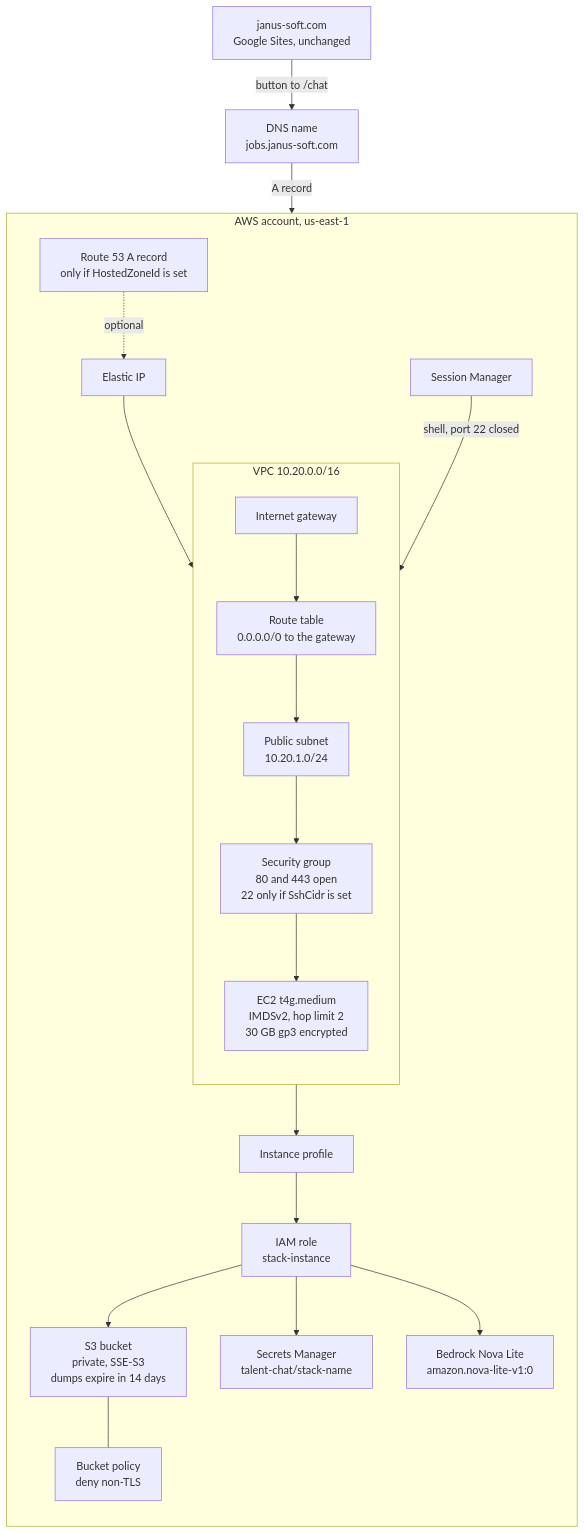
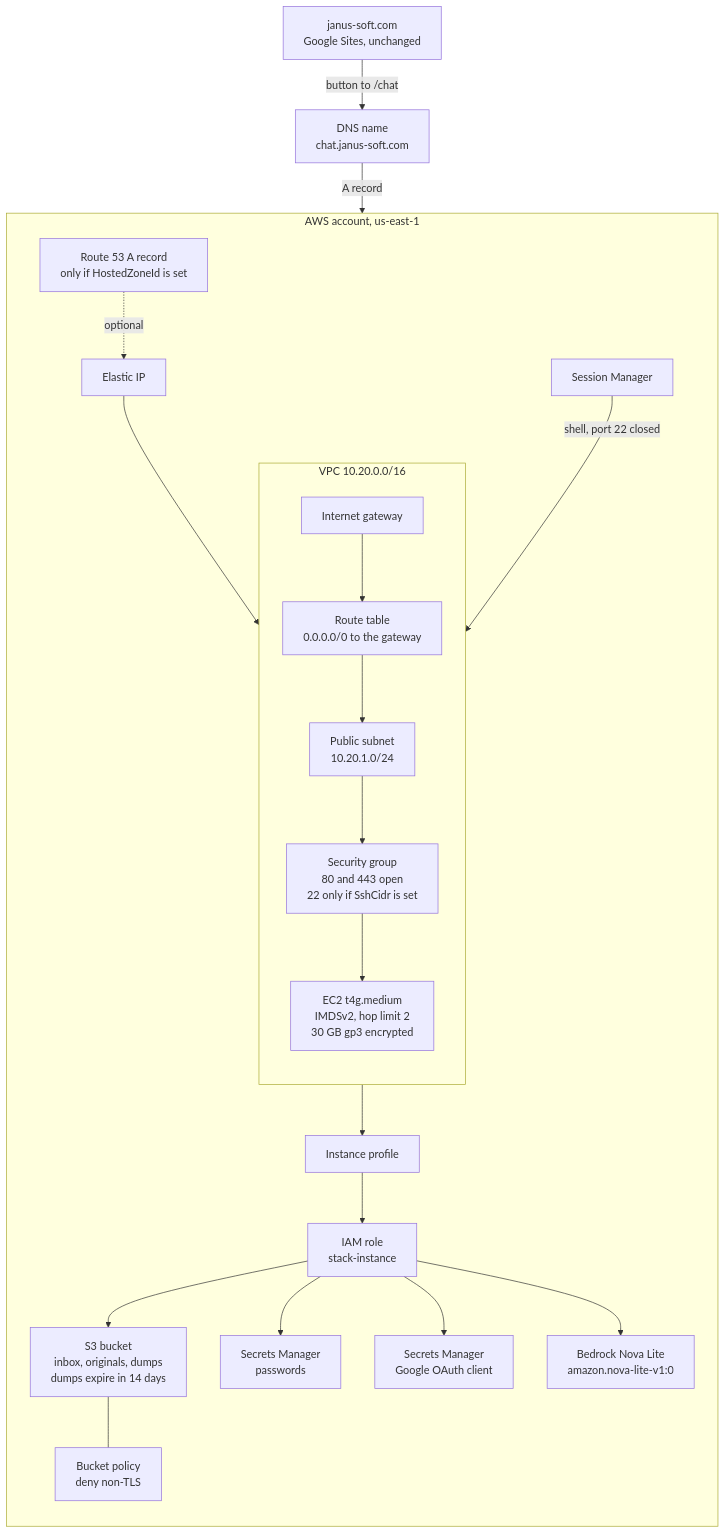
Before and after one commit to unimbekar/talent-chat: the diagram in docs/diagrams/18-aws-resources.mmd, drawn with Mermaid. The commit also changed 33 other files, not shown here.

```diff
--- a/docs/diagrams/18-aws-resources.mmd
+++ b/docs/diagrams/18-aws-resources.mmd
@@ -1,38 +1,40 @@
 flowchart TB
     careers["janus-soft.com<br/>Google Sites, unchanged"]
-    dns["DNS name<br/>jobs.janus-soft.com"]
+    dns["DNS name<br/>chat.janus-soft.com"]
 
     subgraph account["AWS account, us-east-1"]
         direction TB
         r53["Route 53 A record<br/>only if HostedZoneId is set"]
         eip["Elastic IP"]
 
         subgraph vpc["VPC 10.20.0.0/16"]
             direction TB
             igw["Internet gateway"]
             route["Route table<br/>0.0.0.0/0 to the gateway"]
             subnet["Public subnet<br/>10.20.1.0/24"]
             sg["Security group<br/>80 and 443 open<br/>22 only if SshCidr is set"]
             ec2["EC2 t4g.medium<br/>IMDSv2, hop limit 2<br/>30 GB gp3 encrypted"]
         end
 
         profile["Instance profile"]
         role["IAM role<br/>stack-instance"]
-        s3["S3 bucket<br/>private, SSE-S3<br/>dumps expire in 14 days"]
+        s3["S3 bucket<br/>inbox, originals, dumps<br/>dumps expire in 14 days"]
         policy["Bucket policy<br/>deny non-TLS"]
-        secret["Secrets Manager<br/>talent-chat/stack-name"]
+        secret["Secrets Manager<br/>passwords"]
+        google["Secrets Manager<br/>Google OAuth client"]
         ssm["Session Manager"]
         bedrock["Bedrock Nova Lite<br/>amazon.nova-lite-v1:0"]
     end
 
     careers -->|"button to /chat"| dns
     dns -->|"A record"| eip
     r53 -.->|"optional"| eip
     eip --> ec2
     igw --> route --> subnet --> sg --> ec2
     ec2 --> profile --> role
     role --> s3
     role --> secret
+    role --> google
     role --> bedrock
     s3 --- policy
     ssm -->|"shell, port 22 closed"| ec2
```
